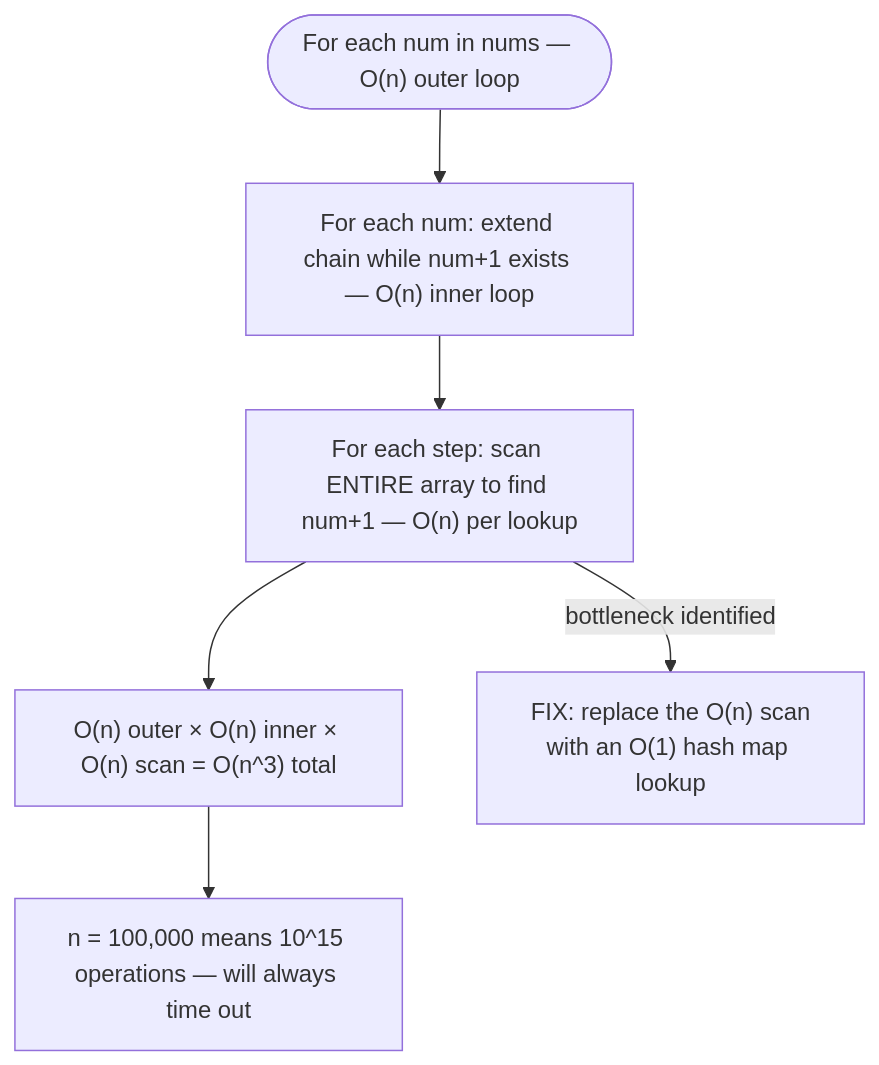
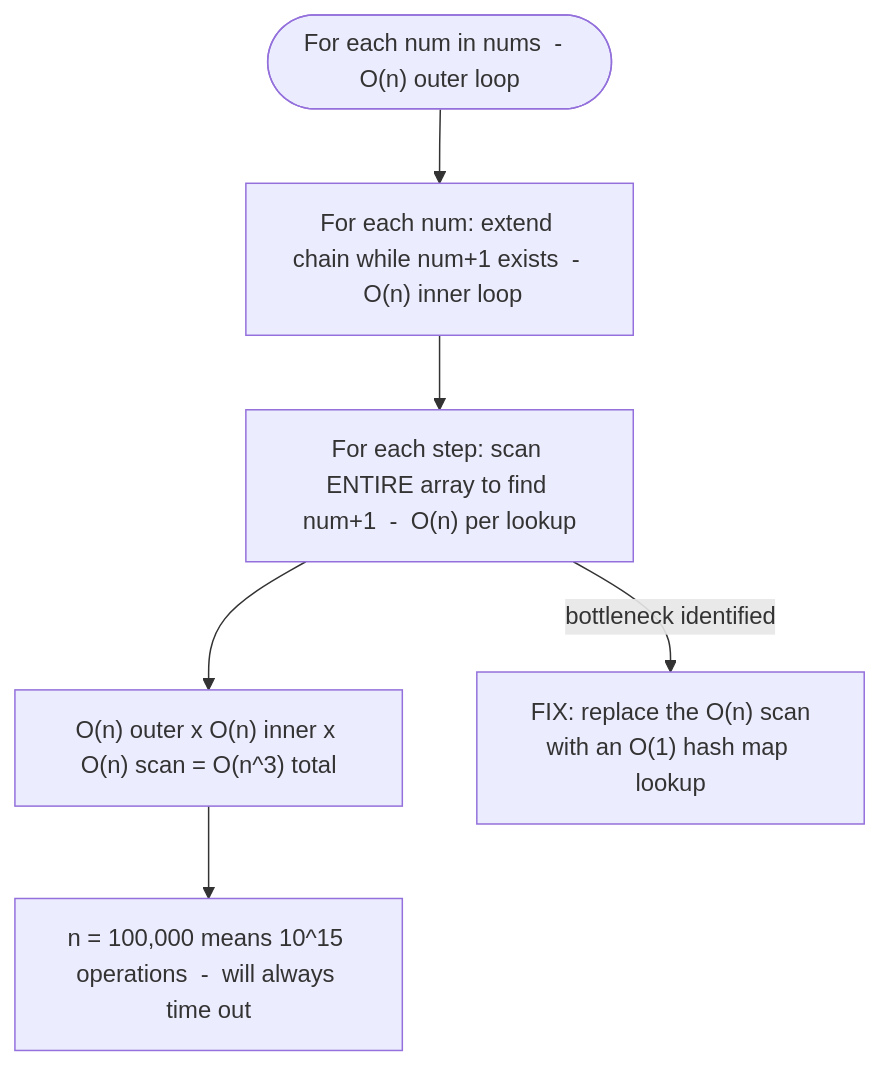
The fourth of 10 diagrams in 07 - Longest Consecutive Sequence/README.md (M-F-Tushar/LeetCode-Problem-Solving), drawn with Mermaid before and after one commit. The commit also changed other lines of this file and 6 other files, not shown here.

Commit message:
fix diagram rendering

````diff
--- a/07 - Longest Consecutive Sequence/README.md
+++ b/07 - Longest Consecutive Sequence/README.md
@@ -227,9 +227,9 @@
 ```mermaid
 flowchart TD
-    START(["For each num in nums — O(n) outer loop"]) --> WHILE["For each num: extend chain while num+1 exists — O(n) inner loop"]
-    WHILE --> SCAN["For each step: scan ENTIRE array to find num+1 — O(n) per lookup"]
-    SCAN --> TOTAL["O(n) outer × O(n) inner × O(n) scan = O(n^3) total"]
-    TOTAL --> FAIL["n = 100,000 means 10^15 operations — will always time out"]
+    START(["For each num in nums  -  O(n) outer loop"]) --> WHILE["For each num: extend chain while num+1 exists  -  O(n) inner loop"]
+    WHILE --> SCAN["For each step: scan ENTIRE array to find num+1  -  O(n) per lookup"]
+    SCAN --> TOTAL["O(n) outer x O(n) inner x O(n) scan = O(n^3) total"]
+    TOTAL --> FAIL["n = 100,000 means 10^15 operations  -  will always time out"]
     SCAN -->|"bottleneck identified"| FIX["FIX: replace the O(n) scan\nwith an O(1) hash map lookup"]
 
 ```
````
